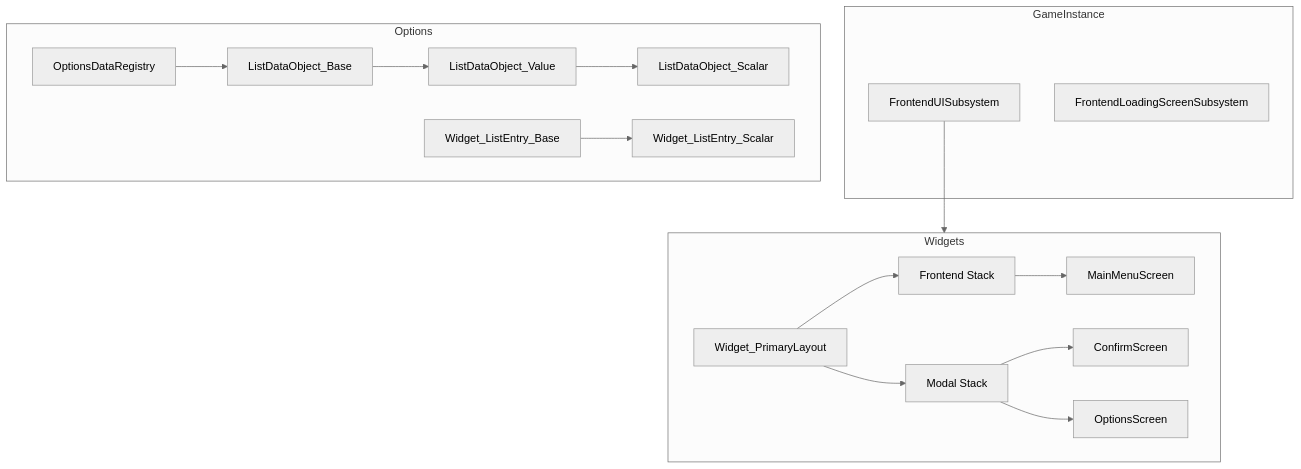
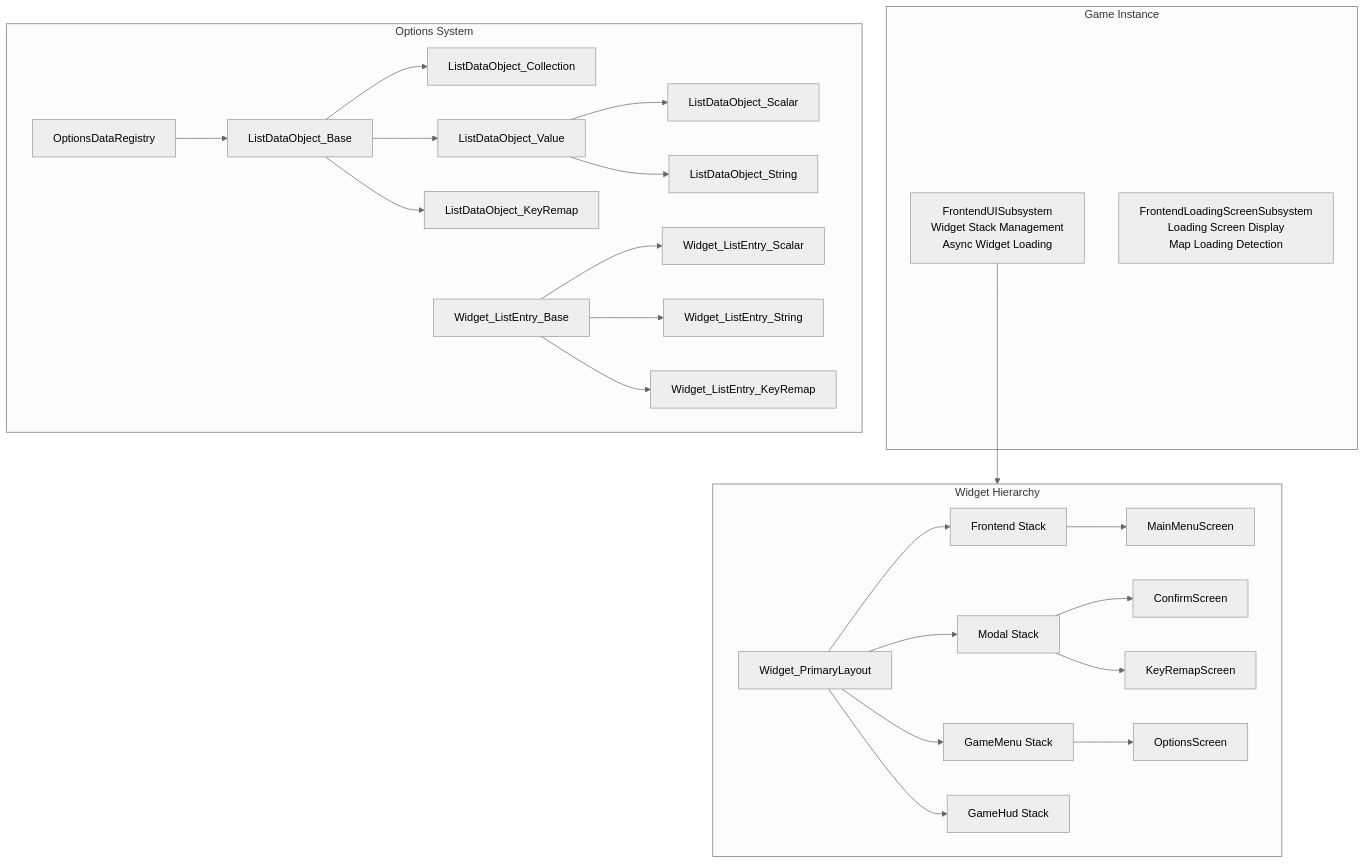
The first of 3 diagrams in README.md (Sayan11071998/UE5-UI-Framework), drawn with Mermaid (neutral theme) before and after one commit. The commit also changed other lines of this file, not shown here.

````diff
--- a/README.md
+++ b/README.md
@@ -73,38 +19,53 @@
 ```mermaid
 graph TB
-    subgraph GameInstance
-        UI[FrontendUISubsystem]
-        LS[FrontendLoadingScreenSubsystem]
+    subgraph GameInstance["Game Instance"]
+        UI[FrontendUISubsystem<br/>Widget Stack Management<br/>Async Widget Loading]
+        LS[FrontendLoadingScreenSubsystem<br/>Loading Screen Display<br/>Map Loading Detection]
     end
     
-    subgraph Widgets
+    subgraph Widgets["Widget Hierarchy"]
         PL[Widget_PrimaryLayout]
         FS[Frontend Stack]
         MS[Modal Stack]
+        GM[GameMenu Stack]
+        GH[GameHud Stack]
         
         PL --> FS
         PL --> MS
+        PL --> GM
+        PL --> GH
         
         FS --> MMS[MainMenuScreen]
         MS --> CS[ConfirmScreen]
-        MS --> OS[OptionsScreen]
+        MS --> KR[KeyRemapScreen]
+        GM --> OS[OptionsScreen]
     end
     
-    subgraph Options
+    subgraph Options["Options System"]
         OR[OptionsDataRegistry]
         LDB[ListDataObject_Base]
+        LDC[ListDataObject_Collection]
         LDV[ListDataObject_Value]
         LDS[ListDataObject_Scalar]
+        LDST[ListDataObject_String]
+        LDKR[ListDataObject_KeyRemap]
         
         WLB[Widget_ListEntry_Base]
         WLSC[Widget_ListEntry_Scalar]
+        WLST[Widget_ListEntry_String]
+        WLKR[Widget_ListEntry_KeyRemap]
         
         OR --> LDB
+        LDB --> LDC
         LDB --> LDV
+        LDB --> LDKR
         LDV --> LDS
+        LDV --> LDST
         
         WLB --> WLSC
+        WLB --> WLST
+        WLB --> WLKR
     end
     
     UI --> Widgets
 ```
````
